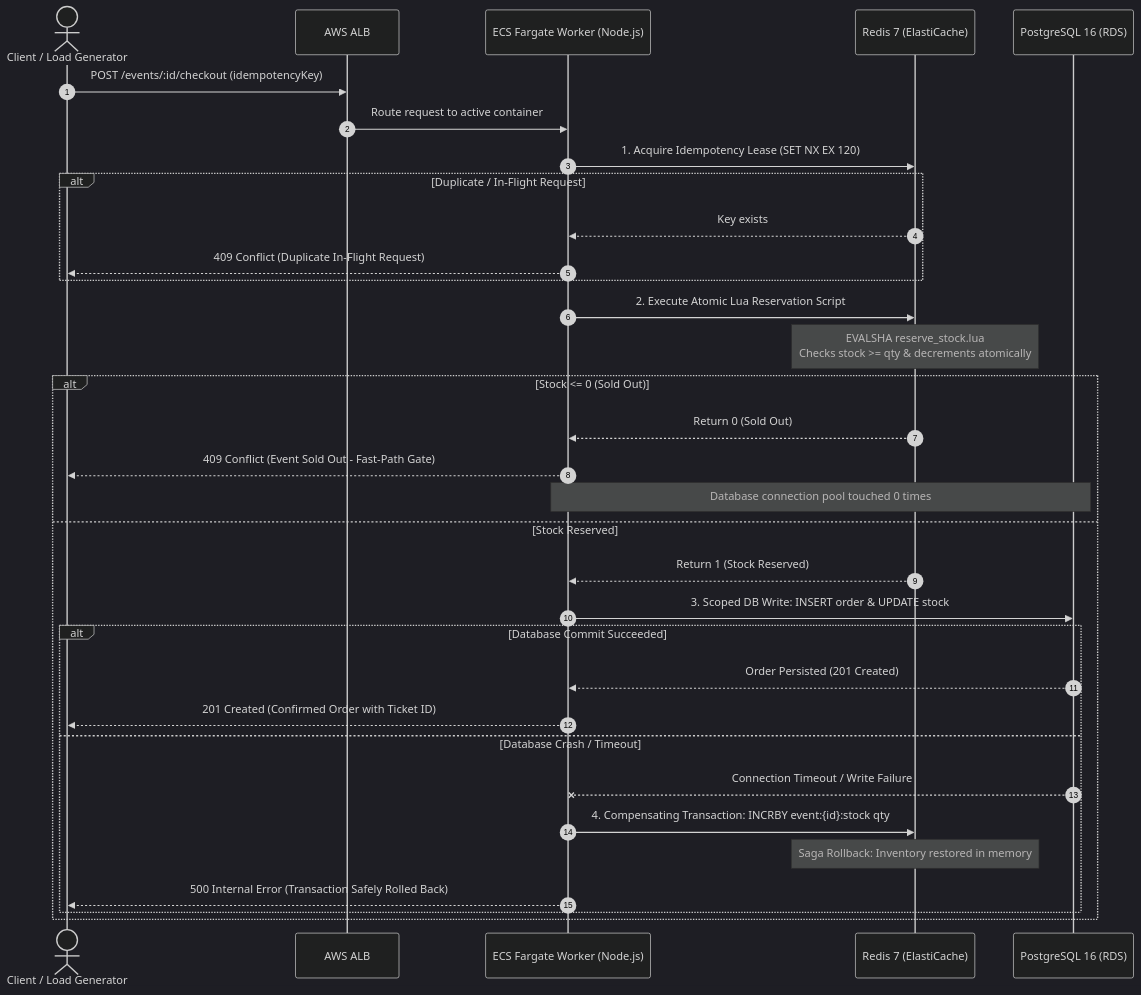
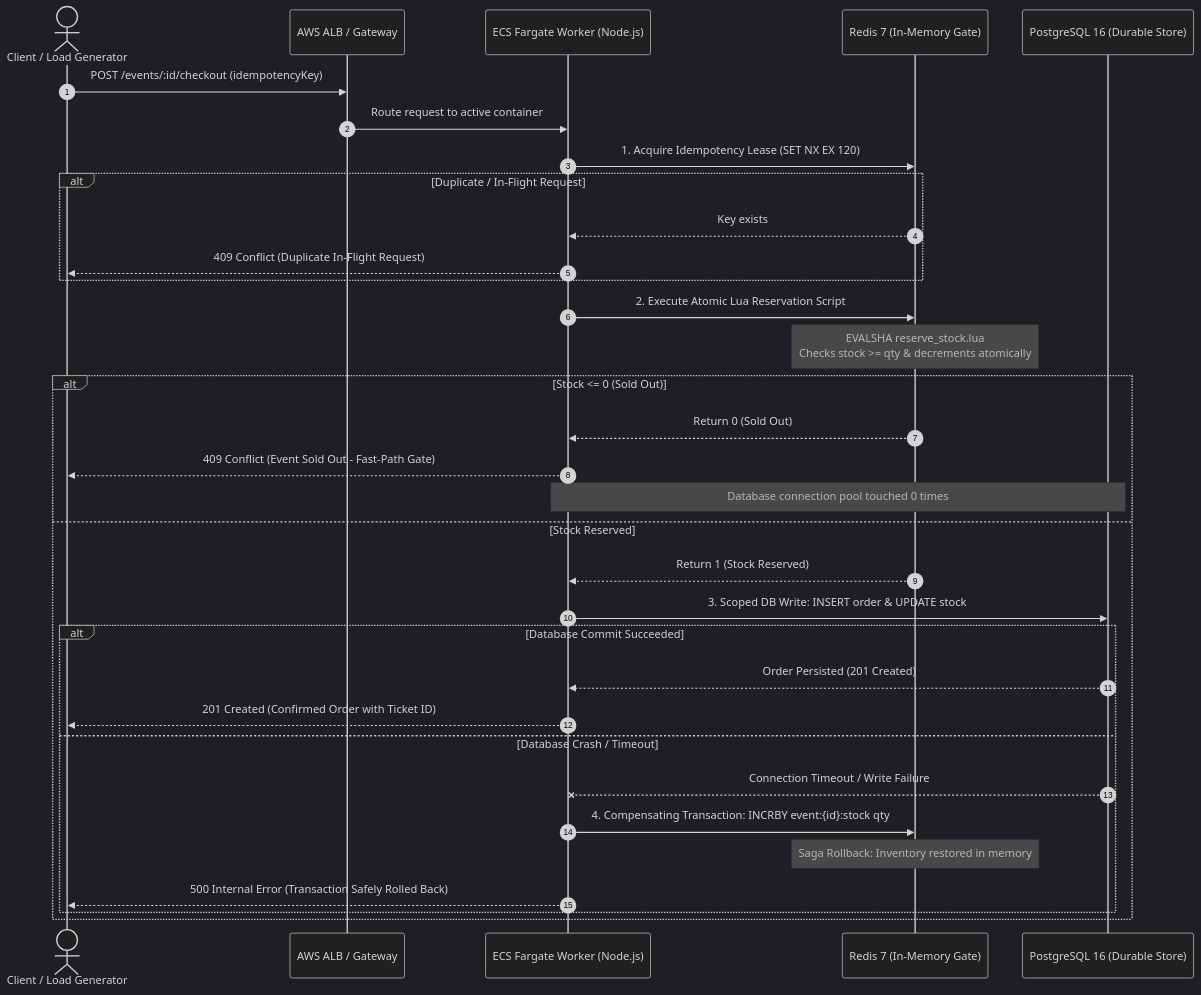
The diagram in README.md (shatwiks/distributed-flash-sale-engine), drawn with Mermaid (dark theme) before and after one commit. The commit also changed other lines of this file, not shown here.

Commit message:
docs: clean up README, remove image pictures and update architectural diagrams and deployment paths

````diff
--- a/README.md
+++ b/README.md
@@ -195,37 +208,37 @@
 ```mermaid
 sequenceDiagram
     autonumber
     actor Client as Client / Load Generator
-    participant ALB as AWS ALB
+    participant ALB as AWS ALB / Gateway
     participant Worker as ECS Fargate Worker (Node.js)
-    participant Redis as Redis 7 (ElastiCache)
-    participant Postgres as PostgreSQL 16 (RDS)
+    participant Redis as Redis 7 (In-Memory Gate)
+    participant Postgres as PostgreSQL 16 (Durable Store)
 
     Client->>ALB: POST /events/:id/checkout (idempotencyKey)
     ALB->>Worker: Route request to active container
     Worker->>Redis: 1. Acquire Idempotency Lease (SET NX EX 120)
     alt Duplicate / In-Flight Request
         Redis-->>Worker: Key exists
         Worker-->>Client: 409 Conflict (Duplicate In-Flight Request)
     end
 
     Worker->>Redis: 2. Execute Atomic Lua Reservation Script
     Note over Redis: EVALSHA reserve_stock.lua<br/>Checks stock >= qty & decrements atomically
     alt Stock <= 0 (Sold Out)
         Redis-->>Worker: Return 0 (Sold Out)
         Worker-->>Client: 409 Conflict (Event Sold Out - Fast-Path Gate)
         Note over Worker,Postgres: Database connection pool touched 0 times
     else Stock Reserved
         Redis-->>Worker: Return 1 (Stock Reserved)
         Worker->>Postgres: 3. Scoped DB Write: INSERT order & UPDATE stock
         alt Database Commit Succeeded
             Postgres-->>Worker: Order Persisted (201 Created)
             Worker-->>Client: 201 Created (Confirmed Order with Ticket ID)
         else Database Crash / Timeout
             Postgres--xWorker: Connection Timeout / Write Failure
             Worker->>Redis: 4. Compensating Transaction: INCRBY event:{id}:stock qty
             Note over Redis: Saga Rollback: Inventory restored in memory
             Worker-->>Client: 500 Internal Error (Transaction Safely Rolled Back)
         end
     end
 ```
````
